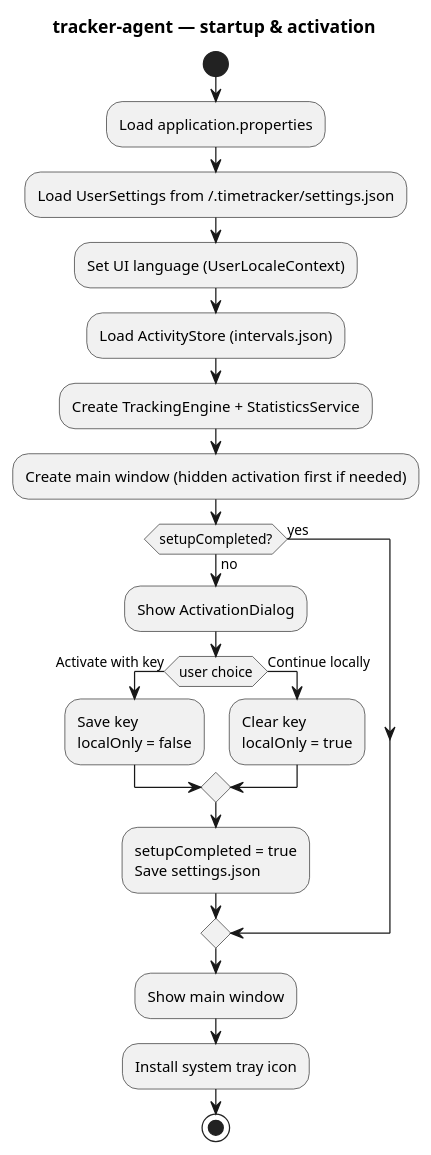
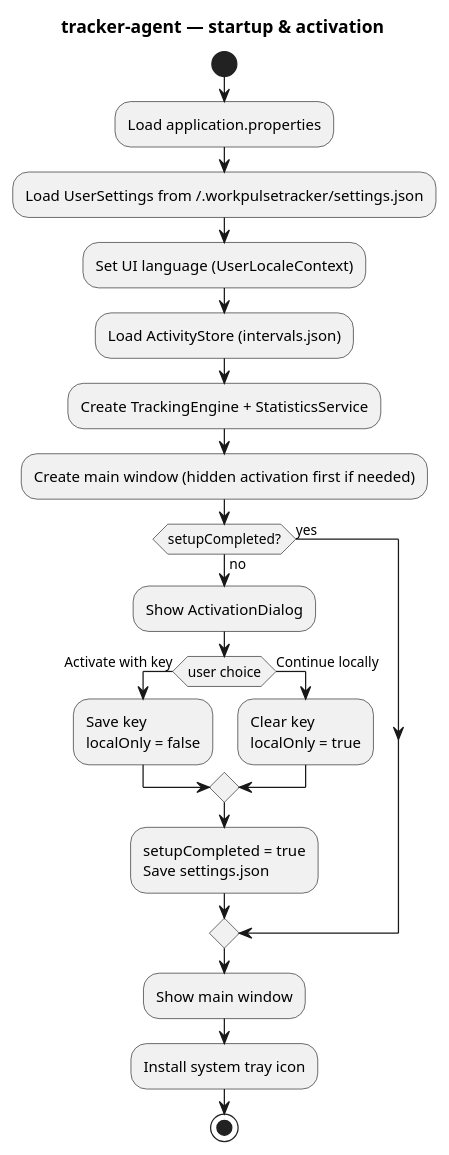
The diagram in tracker-agent/docs/puml/startup-activation.puml (neiloyv/workpulsetracker), drawn with PlantUML before and after one commit. The commit also changed 158 other files, not shown here.

```diff
--- a/tracker-agent/docs/puml/startup-activation.puml
+++ b/tracker-agent/docs/puml/startup-activation.puml
@@ -1,27 +1,27 @@
 @startuml tracker-agent-startup
 title tracker-agent — startup & activation
 
 start
 :Load application.properties;
-:Load UserSettings from ~/.timetracker/settings.json;
+:Load UserSettings from ~/.workpulsetracker/settings.json;
 :Set UI language (UserLocaleContext);
 :Load ActivityStore (intervals.json);
 :Create TrackingEngine + StatisticsService;
 :Create main window (hidden activation first if needed);
 
 if (setupCompleted?) then (no)
   :Show ActivationDialog;
   if (user choice) then (Activate with key)
     :Save key\nlocalOnly = false;
   else (Continue locally)
     :Clear key\nlocalOnly = true;
   endif
   :setupCompleted = true\nSave settings.json;
 else (yes)
 endif
 
 :Show main window;
 :Install system tray icon;
 stop
 
 @enduml
```
